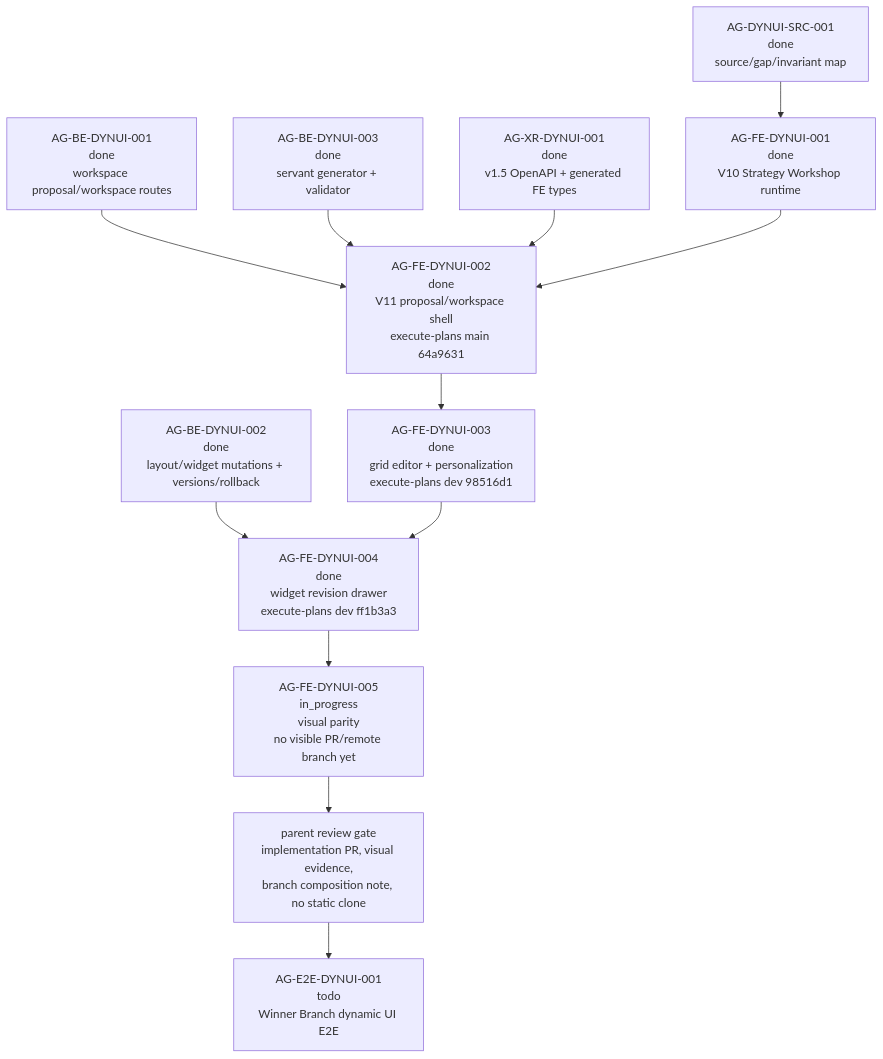
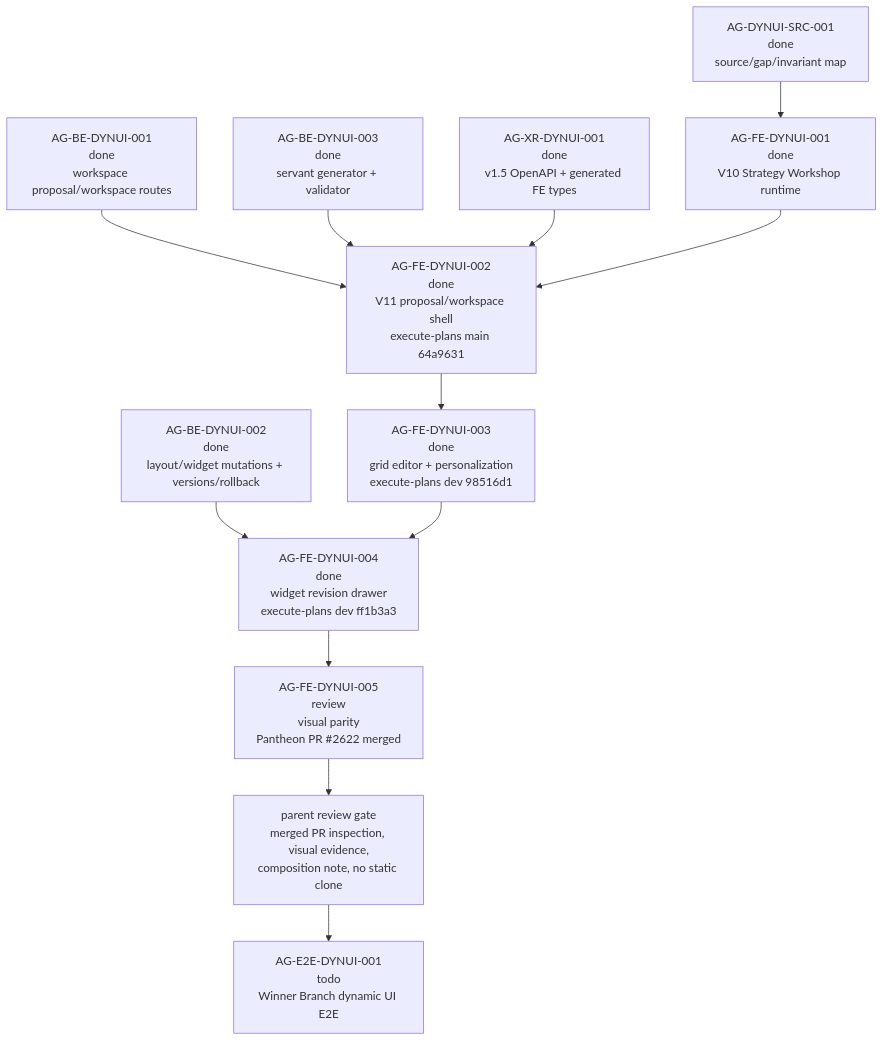
The diagram in support/sidecars/AG-FE-DYNUI-005/AG-FE-DYNUI-005-SIDECAR-ACCEPTANCE-FOLLOWUP-3.md (ajoe734/pantheon), drawn with Mermaid before and after one commit. The commit also changed other lines of this file, not shown here.

First line of the commit message:
AG-FE-DYNUI-005-SIDECAR-ACCEPTANCE-FOLLOWUP-3: refresh packet

````diff
--- a/support/sidecars/AG-FE-DYNUI-005/AG-FE-DYNUI-005-SIDECAR-ACCEPTANCE-FOLLOWUP-3.md
+++ b/support/sidecars/AG-FE-DYNUI-005/AG-FE-DYNUI-005-SIDECAR-ACCEPTANCE-FOLLOWUP-3.md
@@ -110,18 +119,18 @@
 ```mermaid
 graph TD
     SRC["AG-DYNUI-SRC-001<br/>done<br/>source/gap/invariant map"] --> FE001
 
     BE001["AG-BE-DYNUI-001<br/>done<br/>workspace proposal/workspace routes"] --> FE002
     BE002["AG-BE-DYNUI-002<br/>done<br/>layout/widget mutations + versions/rollback"] --> FE004
     BE003["AG-BE-DYNUI-003<br/>done<br/>servant generator + validator"] --> FE002
     XR001["AG-XR-DYNUI-001<br/>done<br/>v1.5 OpenAPI + generated FE types"] --> FE002
 
     FE001["AG-FE-DYNUI-001<br/>done<br/>V10 Strategy Workshop runtime"] --> FE002
     FE002["AG-FE-DYNUI-002<br/>done<br/>V11 proposal/workspace shell<br/>execute-plans main 64a9631"] --> FE003
     FE003["AG-FE-DYNUI-003<br/>done<br/>grid editor + personalization<br/>execute-plans dev 98516d1"] --> FE004
     FE004["AG-FE-DYNUI-004<br/>done<br/>widget revision drawer<br/>execute-plans dev ff1b3a3"] --> FE005
 
-    FE005["AG-FE-DYNUI-005<br/>in_progress<br/>visual parity<br/>no visible PR/remote branch yet"]
-    FE005 --> REVIEWGATE["parent review gate<br/>implementation PR, visual evidence,<br/>branch composition note, no static clone"]
+    FE005["AG-FE-DYNUI-005<br/>review<br/>visual parity<br/>Pantheon PR #2622 merged"]
+    FE005 --> REVIEWGATE["parent review gate<br/>merged PR inspection, visual evidence,<br/>composition note, no static clone"]
     REVIEWGATE --> E2E["AG-E2E-DYNUI-001<br/>todo<br/>Winner Branch dynamic UI E2E"]
 ```
````
